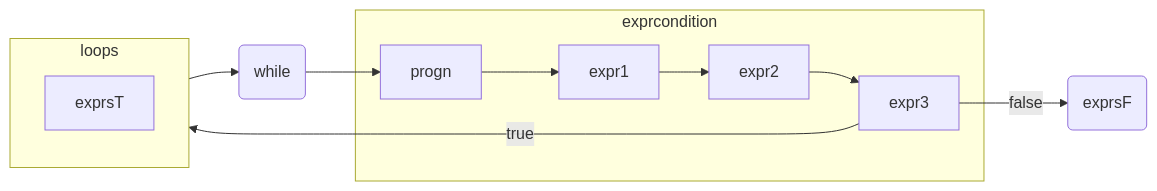
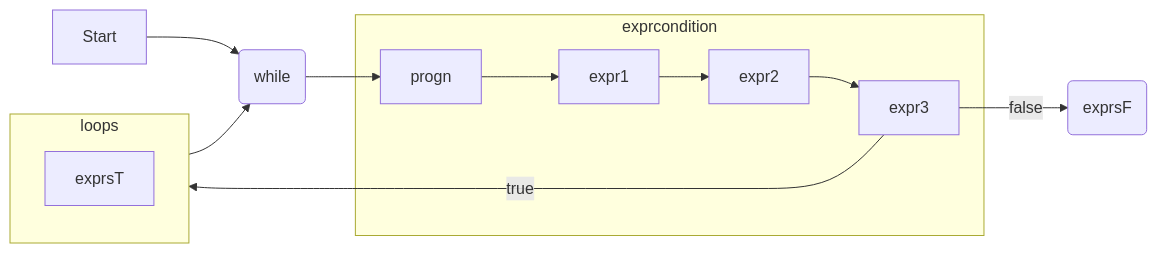
The fourth of 4 diagrams in Lisp进阶/lisp.org (atlisp-org/atlisp-docs), drawn with Mermaid before and after one commit.

Commit message:
progn while

```diff
--- a/Lisp进阶/lisp.org
+++ b/Lisp进阶/lisp.org
@@ -119,13 +119,14 @@
  #+begin_src mermaid
 
    flowchart LR
-      A(while) --> progn   
+      Start --> A(while)   
+      A --> progn   
       subgraph exprcondition
           progn -->  expr1 --> expr2 --> expr3
       end
       subgraph loops
           exprsT
       end       
       expr3 -->|true| loops --> A
       expr3 -->|false| Z(exprsF)  
  #+end_src
```
